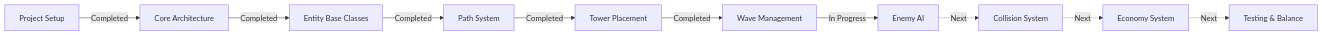
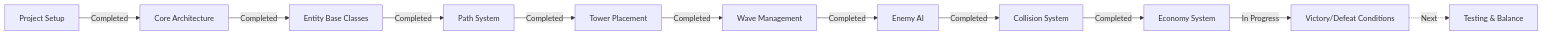
Before and after one commit to rupertgermann/tower-defence: the diagram in memory-bank/activeContext.md, drawn with Mermaid. The commit also changed other lines of this file and 4 other files, not shown here.

````diff
--- a/memory-bank/activeContext.md
+++ b/memory-bank/activeContext.md
@@ -9,12 +9,13 @@
 ```mermaid
 flowchart LR
     A[Project Setup] -->|Completed| B[Core Architecture]
     B -->|Completed| C[Entity Base Classes]
     C -->|Completed| D[Path System]
     D -->|Completed| E[Tower Placement]
     E -->|Completed| F[Wave Management]
-    F -->|In Progress| G[Enemy AI]
-    G -.->|Next| H[Collision System]
-    H -.->|Next| I[Economy System]
-    I -.->|Next| J[Testing & Balance]
+    F -->|Completed| G[Enemy AI]
+    G -->|Completed| H[Collision System]
+    H -->|Completed| I[Economy System]
+    I -->|In Progress| J[Victory/Defeat Conditions]
+    J -.->|Next| K[Testing & Balance]
 ```
````
